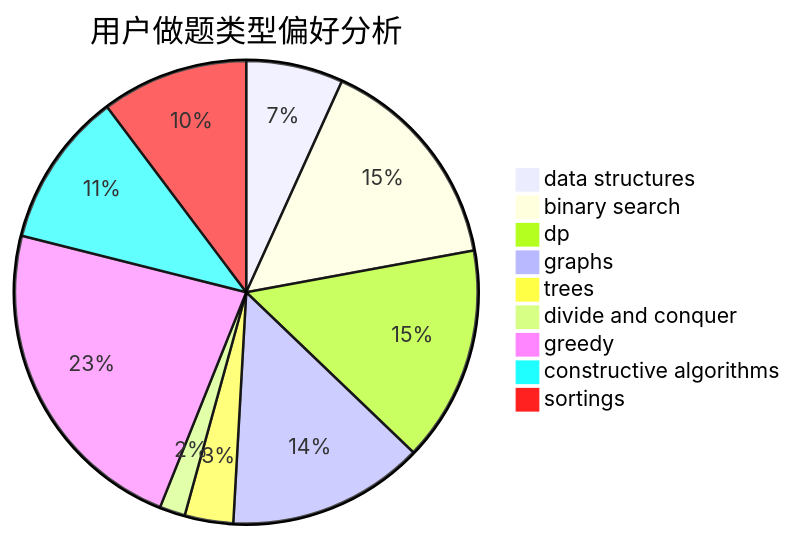
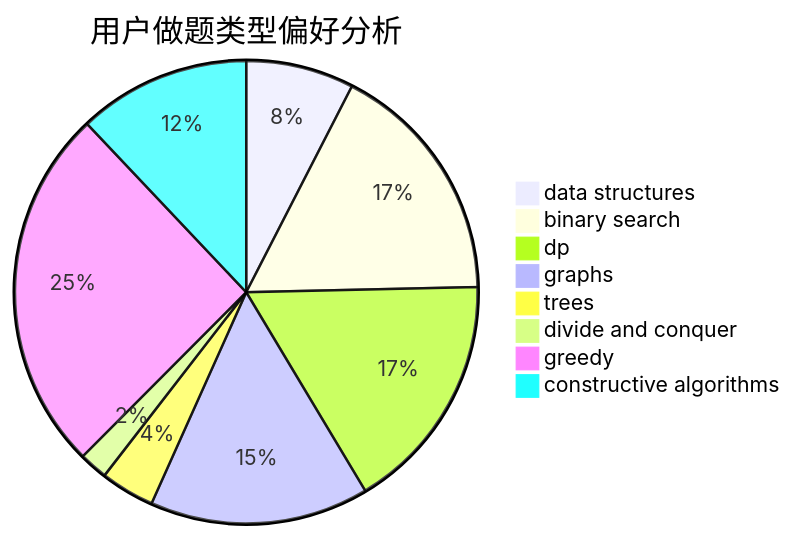
Before and after one commit to sherpahu/cfrs.github.io: the second of 3 diagrams in docs/user/u637.md, drawn with Mermaid. The commit also changed other lines of this file and 2769 other files, not shown here.

````diff
--- a/docs/user/u637.md
+++ b/docs/user/u637.md
@@ -18,12 +18,11 @@
 ```mermaid
 pie title 用户做题类型偏好分析
     "data structures" :  72
     "binary search" :  163
     "dp" :  160
     "graphs" :  146
     "trees" :  36
     "divide and conquer" :  19
     "greedy" :  243
     "constructive algorithms" :  115
-    "sortings" :  109
 ```
````
